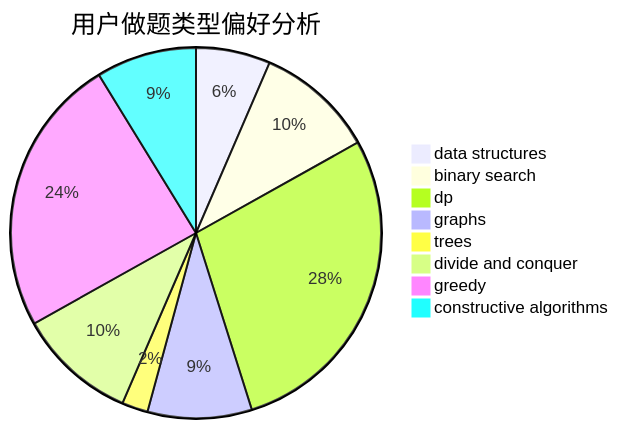
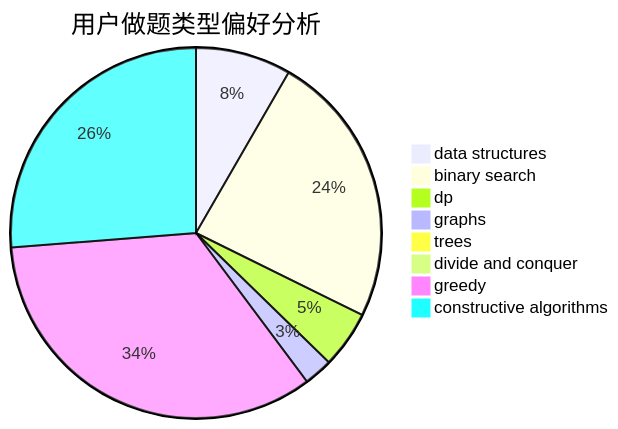
One commit to sherpahu/cfrs.github.io changed the second of 3 diagrams in docs/user/u2411.md. Above: the diagram before and after it, drawn with Mermaid. The commit also changed other lines of this file and 2770 other files, not shown here.

````diff
--- a/docs/user/u2411.md
+++ b/docs/user/u2411.md
@@ -23,11 +23,11 @@
 ```mermaid
 pie title 用户做题类型偏好分析
-    "data structures" :  20
-    "binary search" :  32
-    "dp" :  87
-    "graphs" :  28
-    "trees" :  7
-    "divide and conquer" :  32
-    "greedy" :  75
-    "constructive algorithms" :  27
+    "data structures" :  40
+    "binary search" :  115
+    "dp" :  24
+    "graphs" :  12
+    "trees" :  0
+    "divide and conquer" :  0
+    "greedy" :  163
+    "constructive algorithms" :  126
 ```
````
